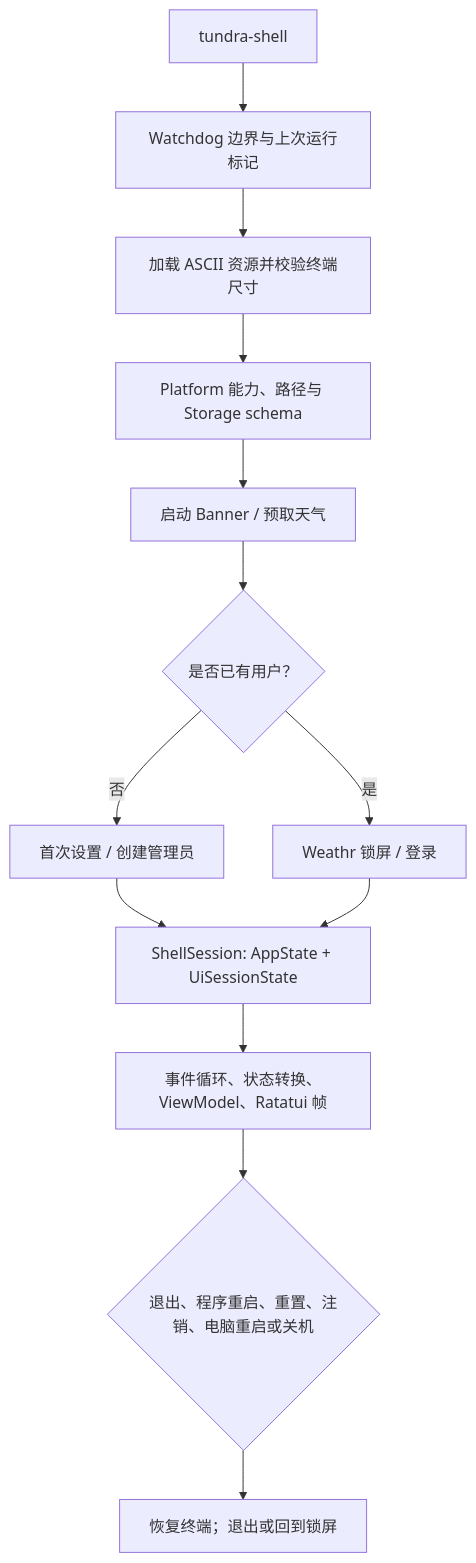
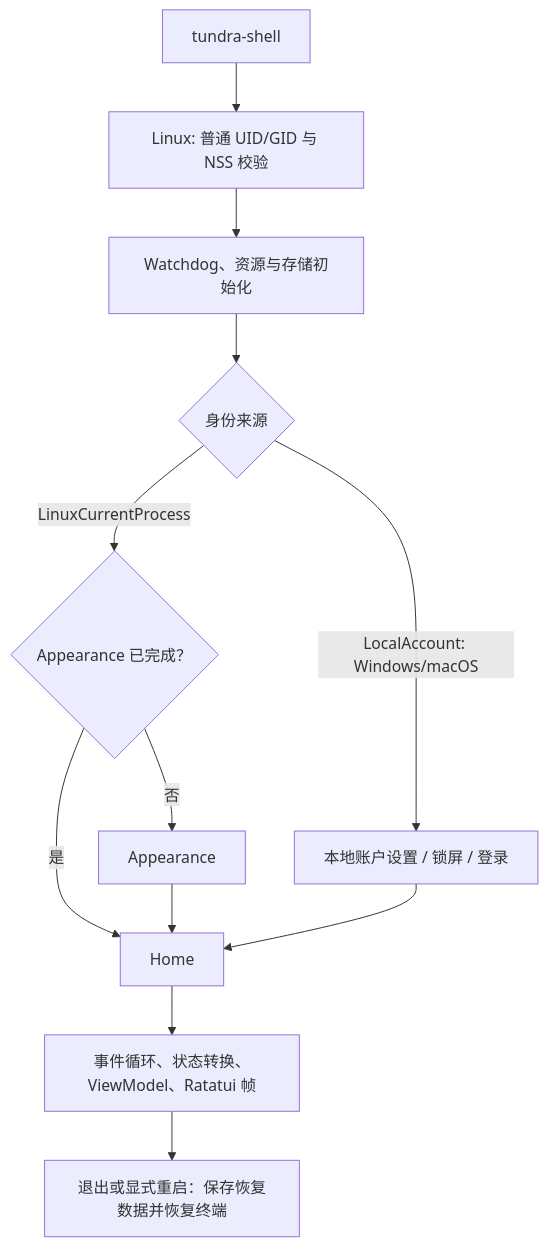
The first of 3 diagrams in README-TECHNICAL.md (peixuanthomas/TundraUX3), drawn with Mermaid before and after one commit. The commit also changed other lines of this file and 15 other files, not shown here.

````diff
--- a/README-TECHNICAL.md
+++ b/README-TECHNICAL.md
@@ -100,15 +101,14 @@
 ```mermaid
 flowchart TD
-    A["tundra-shell"] --> B["Watchdog 边界与上次运行标记"]
-    B --> C["加载 ASCII 资源并校验终端尺寸"]
-    C --> D["Platform 能力、路径与 Storage schema"]
-    D --> E["启动 Banner / 预取天气"]
-    E --> F{"是否已有用户？"}
-    F -- "否" --> G["首次设置 / 创建管理员"]
-    F -- "是" --> H["Weathr 锁屏 / 登录"]
-    G --> I["ShellSession: AppState + UiSessionState"]
-    H --> I
+    A["tundra-shell"] --> V["Linux: 普通 UID/GID 与 NSS 校验"]
+    V --> B["Watchdog、资源与存储初始化"]
+    B --> P{"身份来源"}
+    P -- "LinuxCurrentProcess" --> F{"Appearance 已完成？"}
+    F -- "否" --> G["Appearance"]
+    F -- "是" --> I["Home"]
+    G --> I
+    P -- "LocalAccount: Windows/macOS" --> L["本地账户设置 / 锁屏 / 登录"]
+    L --> I
     I --> J["事件循环、状态转换、ViewModel、Ratatui 帧"]
-    J --> K{"退出、程序重启、重置、注销、电脑重启或关机"}
-    K --> L["恢复终端；退出或回到锁屏"]
+    J --> K["退出或显式重启：保存恢复数据并恢复终端"]
 ```
````
